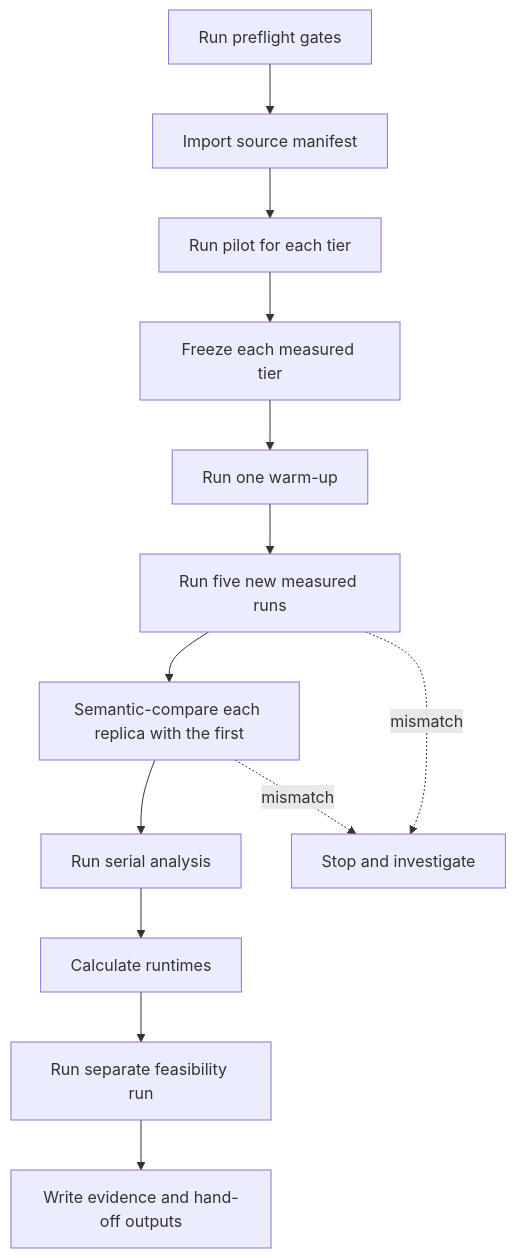
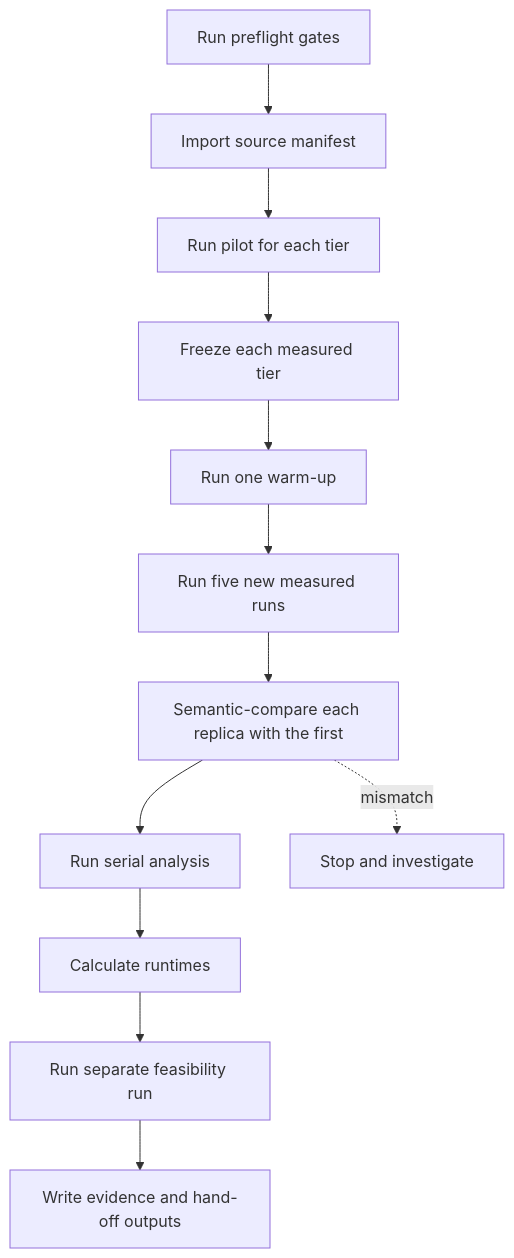
Before and after one commit to michalo1334/master_thesis: the diagram in docs/inprogress/cloud-evaluation-runbook.md, drawn with Mermaid. The commit also changed other lines of this file and 7 other files, not shown here.

````diff
--- a/docs/inprogress/cloud-evaluation-runbook.md
+++ b/docs/inprogress/cloud-evaluation-runbook.md
@@ -52,15 +82,14 @@
 ```mermaid
 flowchart TD
     A[Run preflight gates] --> B[Import source manifest]
     B --> C[Run pilot for each tier]
     C --> D[Freeze each measured tier]
     D --> E[Run one warm-up]
     E --> F[Run five new measured runs]
     F --> G[Semantic-compare each replica with the first]
     G --> H[Run serial analysis]
     H --> I[Calculate runtimes]
     I --> J[Run separate feasibility run]
     J --> K[Write evidence and hand-off outputs]
-    F -. mismatch .-> S[Stop and investigate]
     G -. mismatch .-> S[Stop and investigate]
 ```
````
